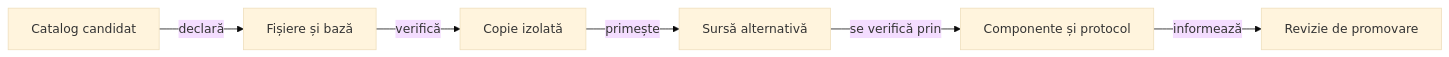
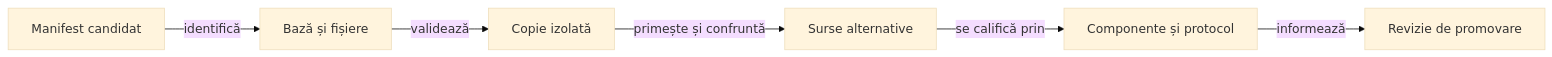
Before and after one commit to crististefanita/atf_j4: the diagram in whist-lab-app/ai-lab/experiments/bid-models/README.md, drawn with Mermaid (base theme). The commit also changed other lines of this file and 120 other files, not shown here.

````diff
--- a/whist-lab-app/ai-lab/experiments/bid-models/README.md
+++ b/whist-lab-app/ai-lab/experiments/bid-models/README.md
@@ -11,8 +19,8 @@
 ```mermaid
 flowchart LR
-    CAT[Catalog candidat] -->|declară| GUARD[Fișiere și bază]
-    GUARD -->|verifică| COPY[Copie izolată]
-    COPY -->|primește| SOURCE[Sursă alternativă]
-    SOURCE -->|se verifică prin| GATES[Componente și protocol]
-    GATES -->|informează| REVIEW[Revizie de promovare]
+    CATALOG[Manifest candidat] -->|identifică| BASE[Bază și fișiere]
+    BASE -->|validează| COPY[Copie izolată]
+    COPY -->|primește și confruntă| SOURCE[Surse alternative]
+    SOURCE -->|se califică prin| CHECK[Componente și protocol]
+    CHECK -->|informează| REVIEW[Revizie de promovare]
 ```
````
